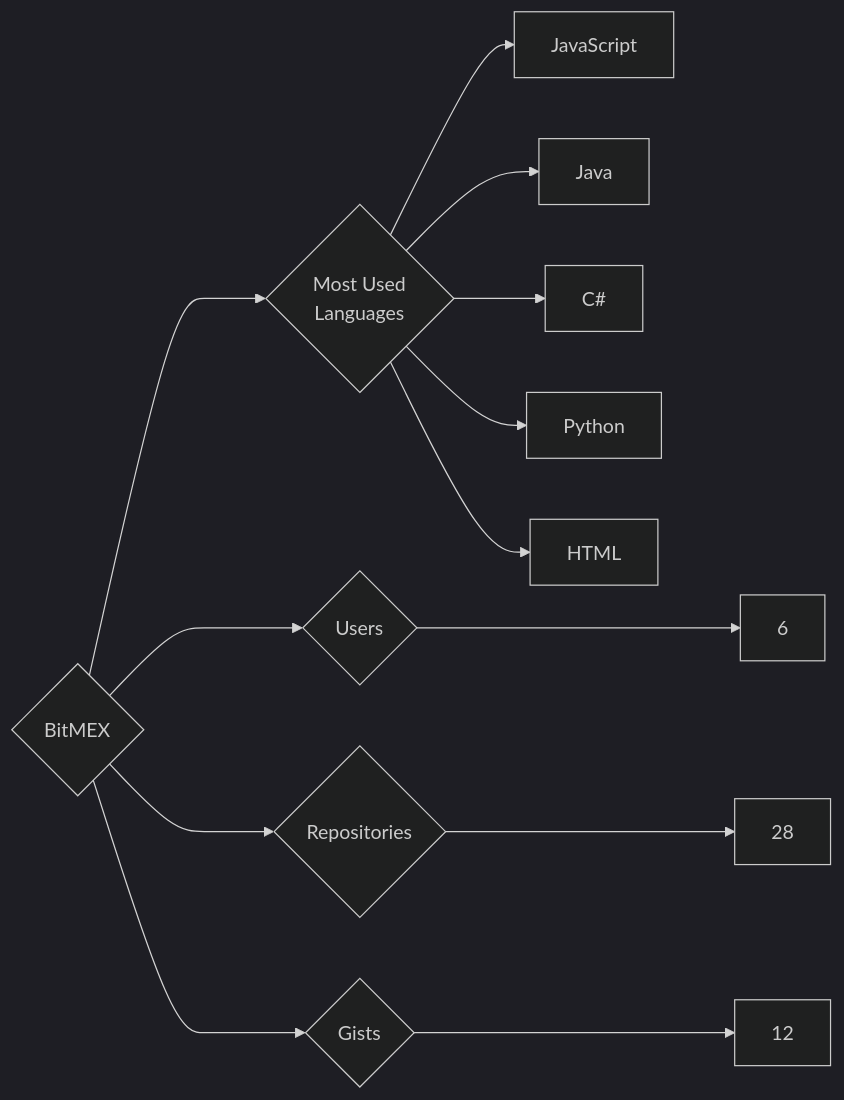
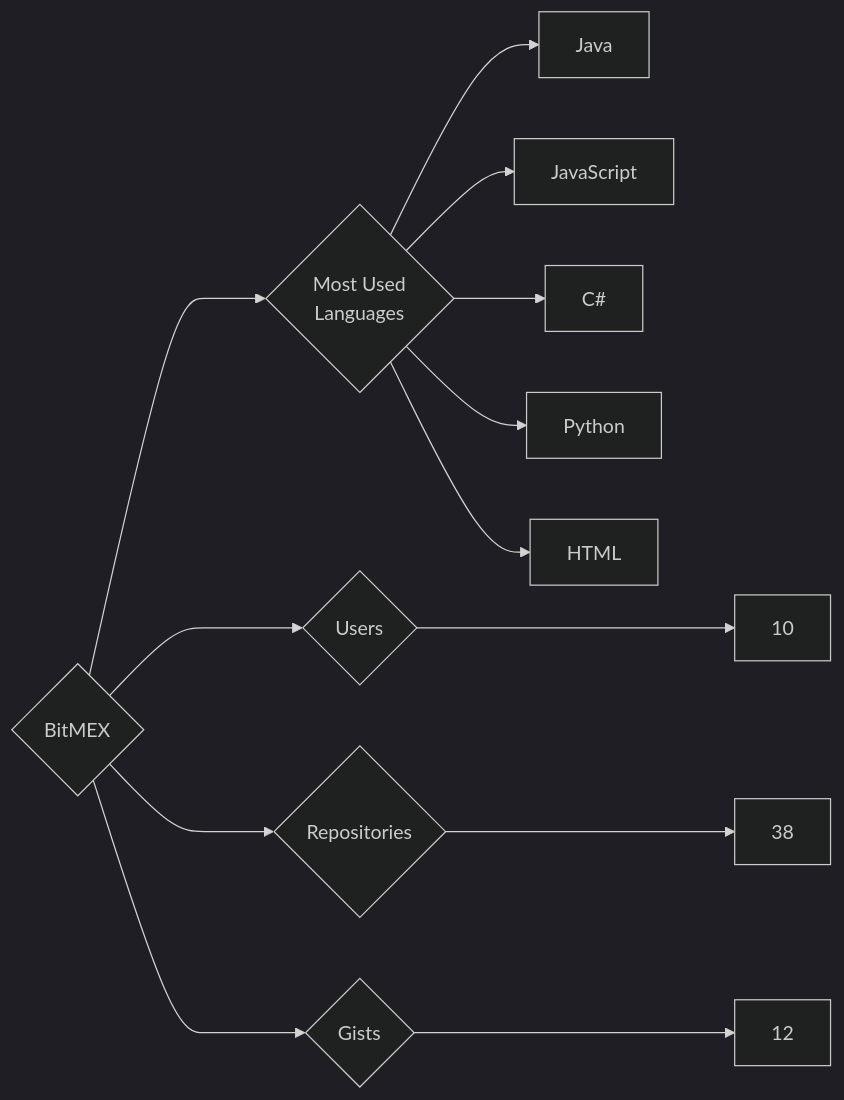
One commit to trickest/insiders changed the diagram in targets/BitMEX/README.md. Above: the diagram before and after it, drawn with Mermaid (dark theme). The commit also changed 1084 other files, not shown here.

````diff
--- a/targets/BitMEX/README.md
+++ b/targets/BitMEX/README.md
@@ -3,13 +3,13 @@
 ```mermaid
 graph LR
 COMPANY_NAME{BitMEX}
-COMPANY_NAME ---> U{Users} ---> UN[6]
-COMPANY_NAME ---> R{Repositories} ---> RN[28]
+COMPANY_NAME ---> U{Users} ---> UN[10]
+COMPANY_NAME ---> R{Repositories} ---> RN[38]
 COMPANY_NAME ---> G{Gists} ---> GN[12]
 COMPANY_NAME ---> ML{Most Used<br>Languages}
+ML --> Java[Java]
 ML --> JavaScript[JavaScript]
-ML --> Java[Java]
 ML --> C#[C#]
 ML --> Python[Python]
 ML --> HTML[HTML]
 ```
````
